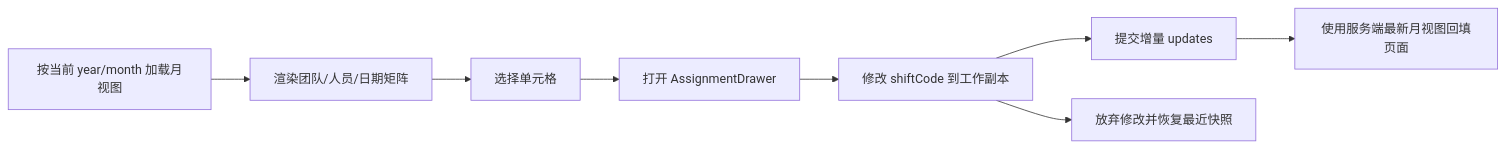
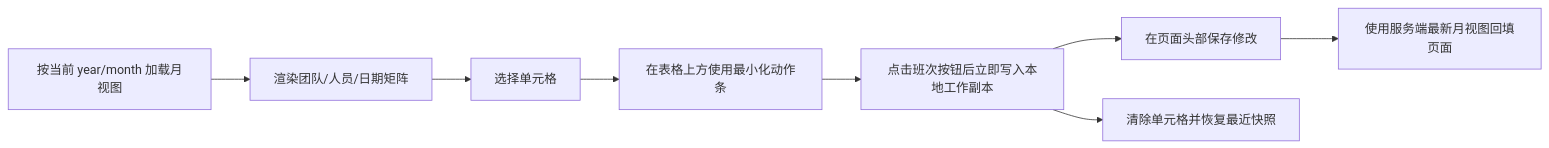
Before and after one commit to yachi666/support-roster-ui: the diagram in .specs/workspace/pages/monthly-roster.md, drawn with Mermaid. The commit also changed other lines of this file and 2 other files, not shown here.

Commit message:
docs: sync monthly roster flow

````diff
--- a/.specs/workspace/pages/monthly-roster.md
+++ b/.specs/workspace/pages/monthly-roster.md
@@ -19,10 +19,10 @@
 ```mermaid
 flowchart LR
     LOAD[按当前 year/month 加载月视图] --> GRID[渲染团队/人员/日期矩阵]
     GRID --> SELECT[选择单元格]
-    SELECT --> DRAWER[打开 AssignmentDrawer]
-    DRAWER --> APPLY[修改 shiftCode 到工作副本]
-    APPLY --> SAVE[提交增量 updates]
+    SELECT --> BAR[在表格上方使用最小化动作条]
+    BAR --> APPLY[点击班次按钮后立即写入本地工作副本]
+    APPLY --> SAVE[在页面头部保存修改]
     SAVE --> REFRESH[使用服务端最新月视图回填页面]
-    APPLY --> DISCARD[放弃修改并恢复最近快照]
+    APPLY --> DISCARD[清除单元格并恢复最近快照]
 ```
````
